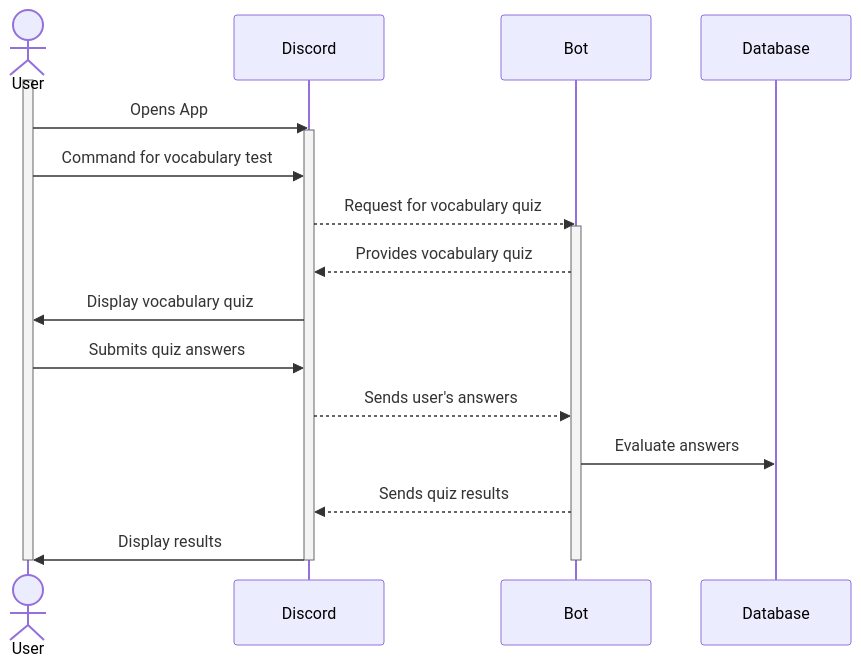
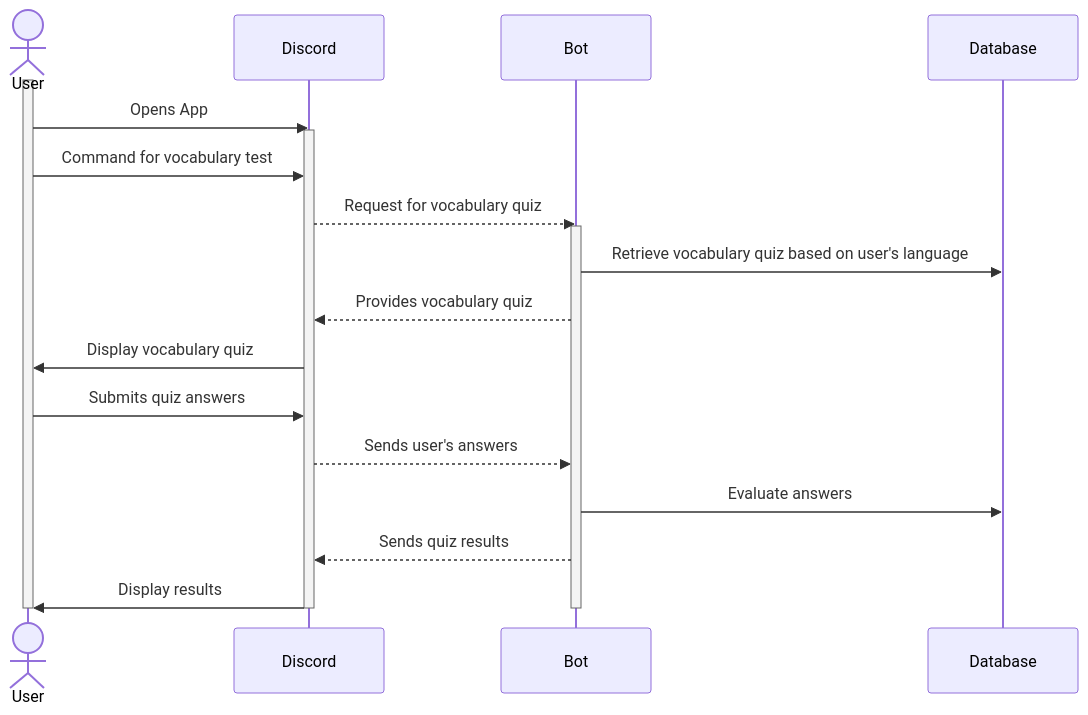
One commit to Capstone-Projects-2023-Fall/project-language-learning-discord-bot changed the second of 6 diagrams in documentation/docs/system-architecture/sequence-diagrams.md. Above: the diagram before and after it, drawn with Mermaid. The commit also changed other lines of this file, not shown here.

Commit message:
Revised sequence-diagrams.md

````diff
--- a/documentation/docs/system-architecture/sequence-diagrams.md
+++ b/documentation/docs/system-architecture/sequence-diagrams.md
@@ -59,26 +77,27 @@
 ```mermaid
 sequenceDiagram
     actor U as User
     participant D as Discord
     participant B as Bot
     participant DB as Database
     
     activate U
 
     U->>D: Opens App
     activate D
     U->>D: Command for vocabulary test
     D-->>B: Request for vocabulary quiz
     activate B
+    B->>DB: Retrieve vocabulary quiz based on user's language
     B-->>D: Provides vocabulary quiz
     D->>U: Display vocabulary quiz
     U->>D: Submits quiz answers
     D-->>B: Sends user's answers
     B->>DB: Evaluate answers
     B-->>D: Sends quiz results
     D->>U: Display results
     deactivate B
     deactivate D
     deactivate U
 
 ```
````
